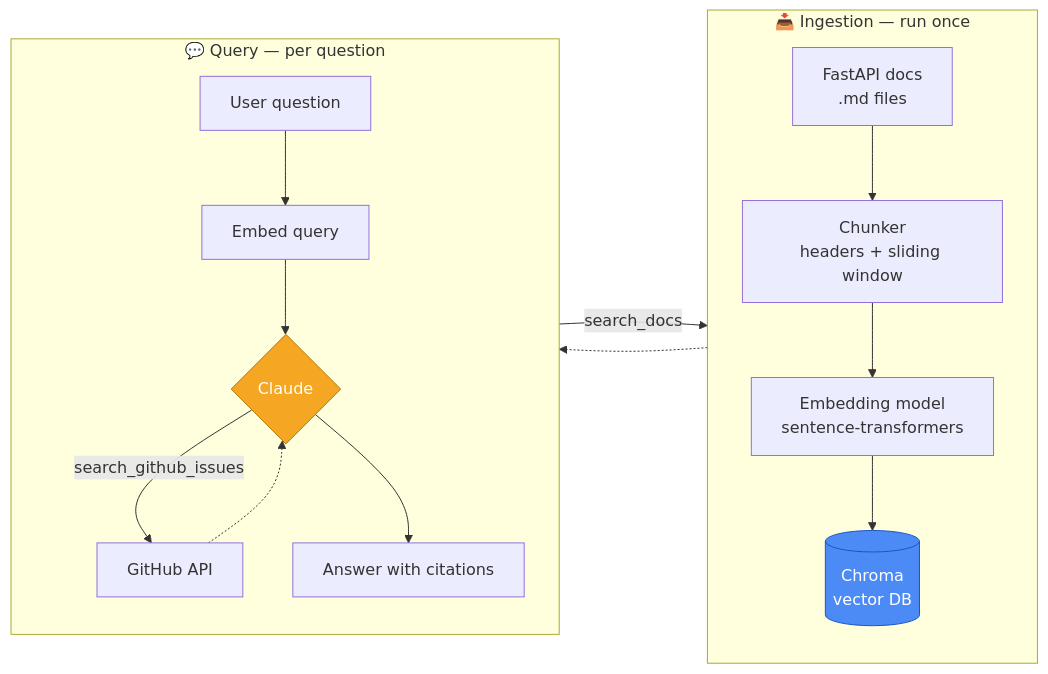
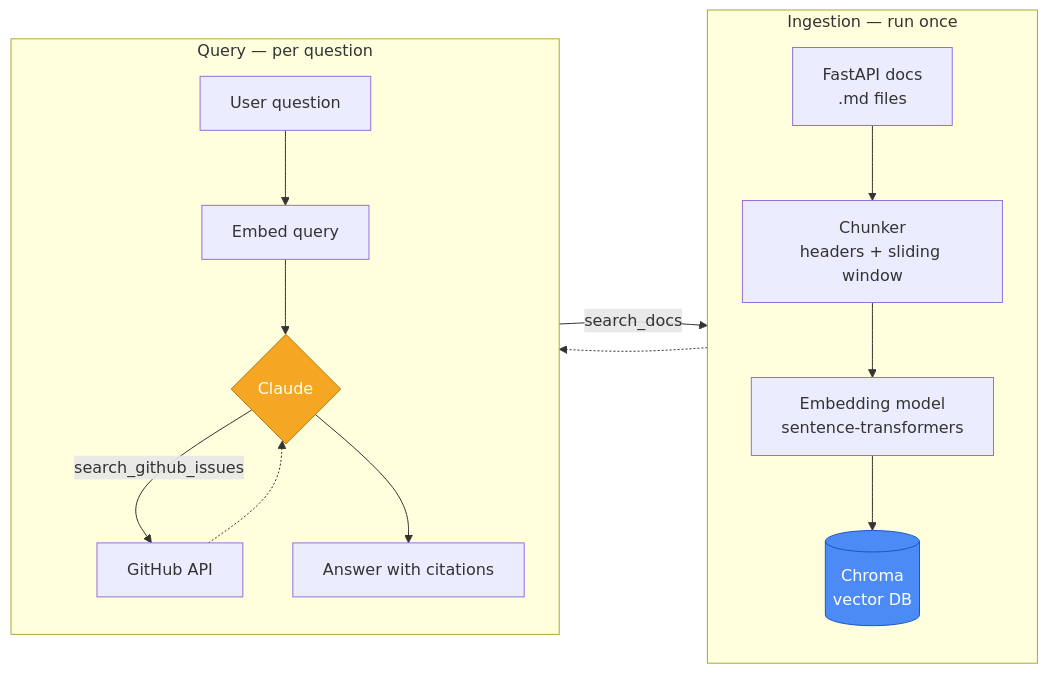
Before and after one commit to gyngwon/fastapi-docs-agent: the diagram in README.md, drawn with Mermaid.

Commit message:
Fix formatting in README.md for mermaid diagrams

````diff
--- a/README.md
+++ b/README.md
@@ -28,25 +28,25 @@
 ```mermaid
 flowchart LR
-    subgraph Ingestion["📥 Ingestion — run once"]
+    subgraph Ingestion["Ingestion — run once"]
         direction TB
         A[FastAPI docs<br/>.md files] --> B[Chunker<br/>headers + sliding window]
         B --> C[Embedding model<br/>sentence-transformers]
         C --> D[(Chroma<br/>vector DB)]
     end
 
-    subgraph Query["💬 Query — per question"]
+    subgraph Query["Query — per question"]
         direction TB
         E[User question] --> F[Embed query]
         F --> G{Claude}
         G -->|search_docs| D
         G -->|search_github_issues| H[GitHub API]
         D -.-> G
         H -.-> G
         G --> I[Answer with citations]
     end
 
     classDef store fill:#4c8bf5,stroke:#1a56c4,color:#fff
     classDef brain fill:#f5a623,stroke:#b9770e,color:#fff
     class D store
     class G brain
 ```
````
